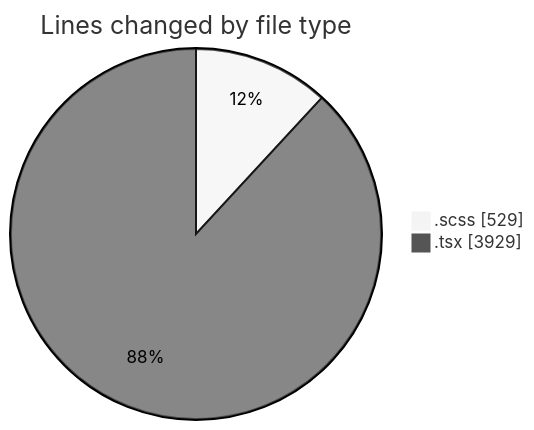
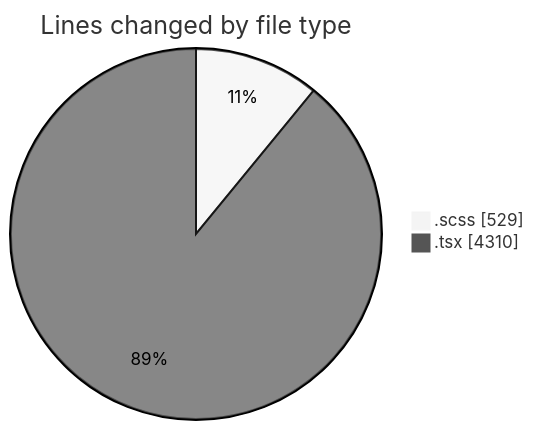
Before and after one commit to momahboobian/code-tracking: the first of 2 diagrams in 2025-08-28/cda/README.md, drawn with Mermaid (neutral theme). The commit also changed other lines of this file and 1 other file, not shown here.

````diff
--- a/2025-08-28/cda/README.md
+++ b/2025-08-28/cda/README.md
@@ -28,6 +29,6 @@
 ```mermaid
 pie showData
 title Lines changed by file type
 ".scss" : 529
-".tsx" : 3929
+".tsx" : 4310
 ```
````
